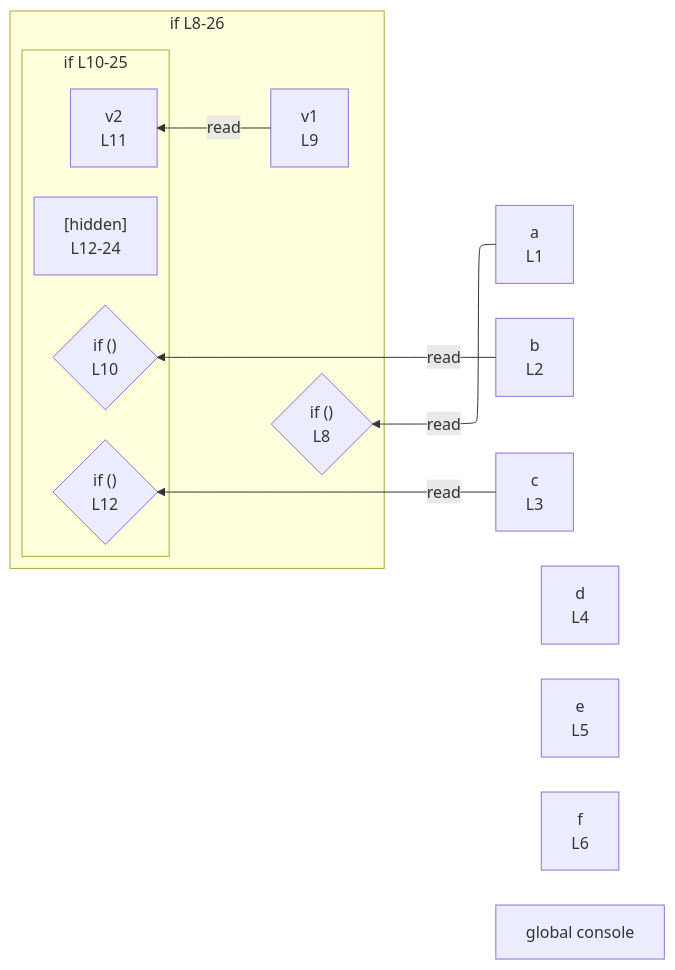
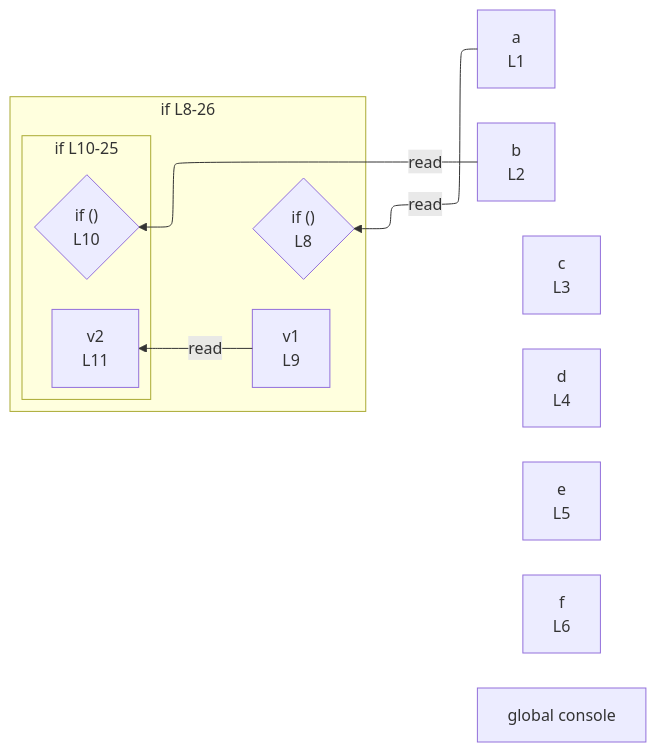
One commit to crescware/unsnarl changed the diagram in integration/fixtures/app-behavior/depth/if/depth-2/preview.md. Above: the diagram before and after it, drawn with Mermaid. The commit also changed 96 other files, not shown here.

````diff
--- a/integration/fixtures/app-behavior/depth/if/depth-2/preview.md
+++ b/integration/fixtures/app-behavior/depth/if/depth-2/preview.md
@@ -36,27 +36,24 @@
 ```mermaid
 %%{init: {"flowchart": {"defaultRenderer": "elk"}}}%%
 flowchart RL
   n_scope_0_a_6["a<br/>L1"]
   n_scope_0_b_22["b<br/>L2"]
   n_scope_0_c_38["c<br/>L3"]
   n_scope_0_d_54["d<br/>L4"]
   n_scope_0_e_70["e<br/>L5"]
   n_scope_0_f_86["f<br/>L6"]
   n_scope_0_console_324["global console"]
   subgraph s_scope_1["if L8-26"]
     direction RL
     if_test_scope_0_97{"if ()<br/>L8"}
     n_scope_1_v1_114["v1<br/>L9"]
     subgraph s_scope_2["if L10-25"]
       direction RL
       if_test_scope_1_124{"if ()<br/>L10"}
       n_scope_2_v2_143["v2<br/>L11"]
-      collapsed_scope_3["[hidden]<br/>L12-24"]
-      if_test_scope_2_156{"if ()<br/>L12"}
     end
   end
   n_scope_0_a_6 -->|read| if_test_scope_0_97
   n_scope_0_b_22 -->|read| if_test_scope_1_124
   n_scope_1_v1_114 -->|read| n_scope_2_v2_143
-  n_scope_0_c_38 -->|read| if_test_scope_2_156
 ```
````
